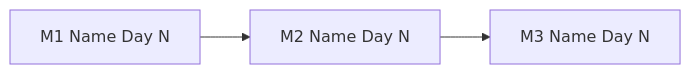
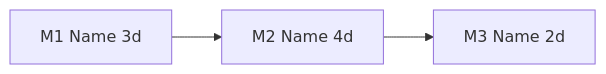
Before and after one commit to santoshkasula-rula/sk-claude-skills: the third of 3 diagrams in skills/estimate-effort/OUTPUT_TEMPLATE.md, drawn with Mermaid. The commit also changed other lines of this file and 6 other files, not shown here.

````diff
--- a/skills/estimate-effort/OUTPUT_TEMPLATE.md
+++ b/skills/estimate-effort/OUTPUT_TEMPLATE.md
@@ -211,5 +113,5 @@
 ```mermaid
 flowchart LR
-    M1[M1 Name Day N] --> M2[M2 Name Day N]
-    M2 --> M3[M3 Name Day N]
+    M1[M1 Name 3d] --> M2[M2 Name 4d]
+    M2 --> M3[M3 Name 2d]
 ```
````
